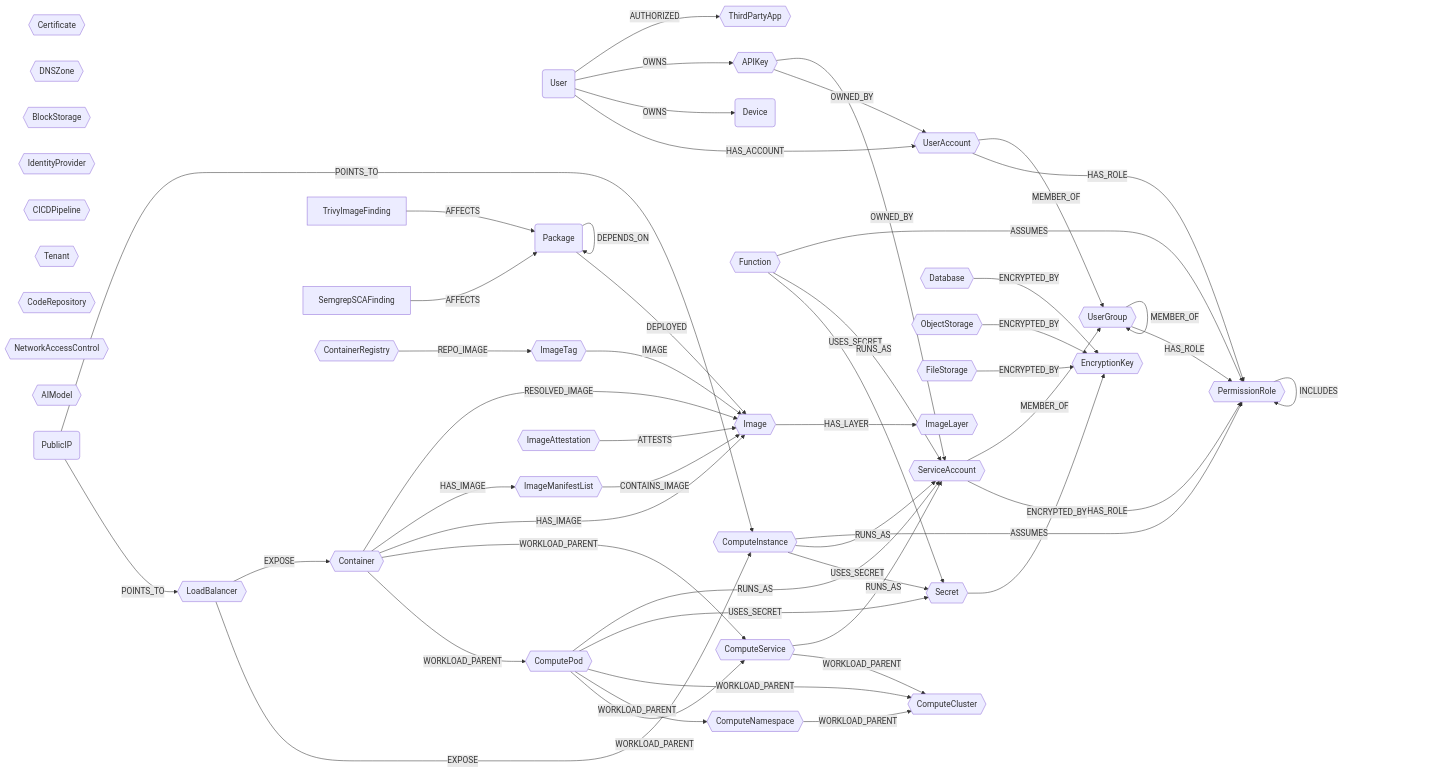
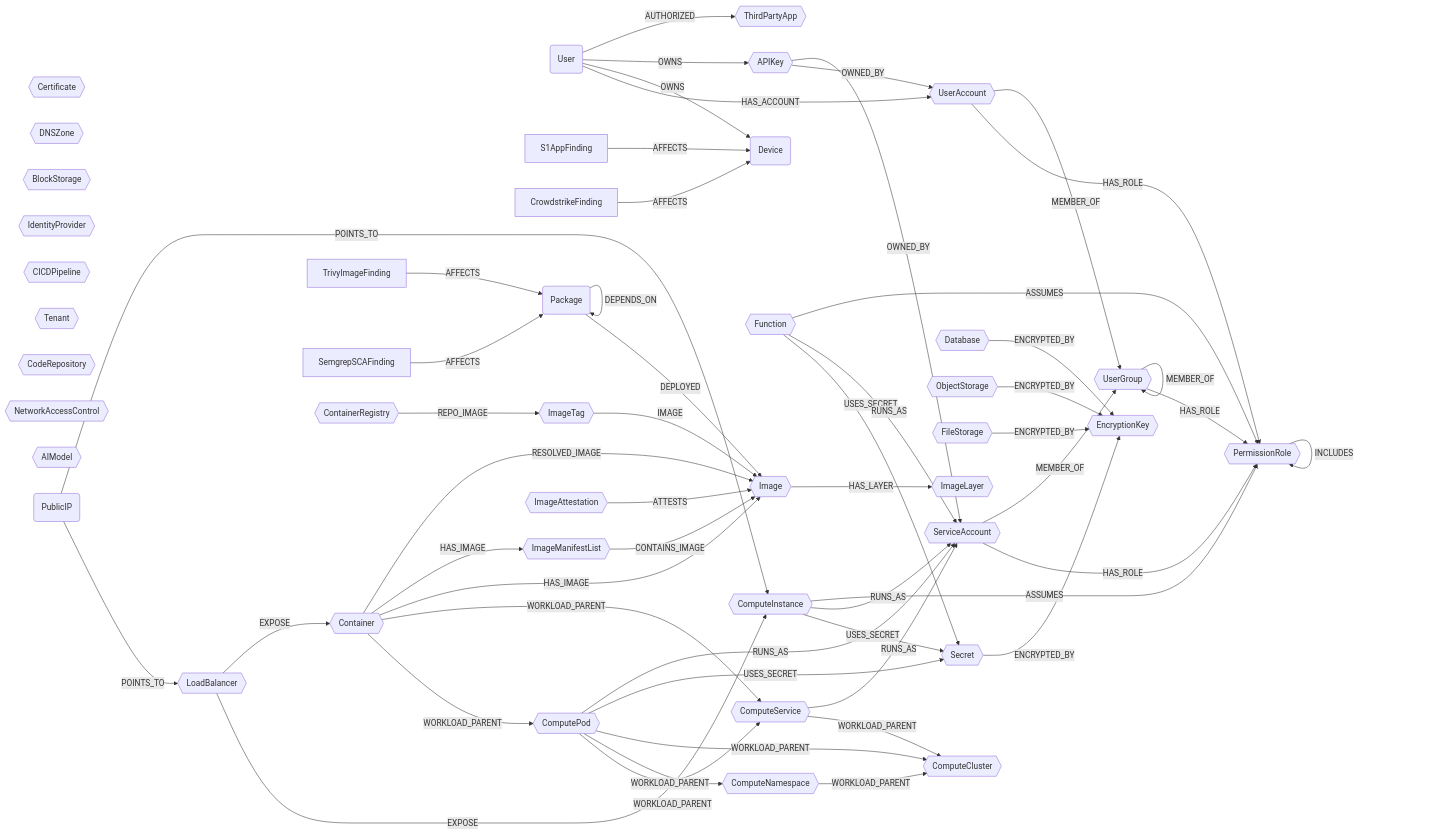
The diagram in docs/root/modules/ontology/schema.md (cartography-cncf/cartography), drawn with Mermaid before and after one commit. The commit also changed other lines of this file and 3 other files, not shown here.

````diff
--- a/docs/root/modules/ontology/schema.md
+++ b/docs/root/modules/ontology/schema.md
@@ -6,75 +6,77 @@
 ```mermaid
 graph LR
 
 U(User) -- HAS_ACCOUNT --> UA{{UserAccount}}
 U -- OWNS --> CC(Device)
+SAF[S1AppFinding] -- AFFECTS --> CC
+CSF[CrowdstrikeFinding] -- AFFECTS --> CC
 U -- OWNS --> AK{{APIKey}}
 U -- AUTHORIZED --> OA{{ThirdPartyApp}}
 UG{{UserGroup}}
 SA{{ServiceAccount}}
 CERT{{Certificate}}
 LB{{LoadBalancer}} -- EXPOSE --> CI{{ComputeInstance}}
 LB{{LoadBalancer}} -- EXPOSE --> CT{{Container}}
 CL{{ComputeCluster}}
 CS{{ComputeService}}
 CNS{{ComputeNamespace}}
 CP{{ComputePod}}
 CT -- WORKLOAD_PARENT --> CP
 CT -- WORKLOAD_PARENT --> CS
 CP -- WORKLOAD_PARENT --> CS
 CP -- WORKLOAD_PARENT --> CNS
 CP -- WORKLOAD_PARENT --> CL
 CS -- WORKLOAD_PARENT --> CL
 CNS -- WORKLOAD_PARENT --> CL
 DB{{Database}}
 DZ{{DNSZone}}
 OS{{ObjectStorage}}
 FS{{FileStorage}}
 BS{{BlockStorage}}
 IDP{{IdentityProvider}}
 CICD{{CICDPipeline}}
 TN{{Tenant}}
 FN{{Function}}
 REPO{{CodeRepository}}
 SC{{Secret}}
 EK{{EncryptionKey}}
 SC -- ENCRYPTED_BY --> EK
 DB -- ENCRYPTED_BY --> EK
 OS -- ENCRYPTED_BY --> EK
 FS -- ENCRYPTED_BY --> EK
 CP -- USES_SECRET --> SC
 FN -- USES_SECRET --> SC
 CI -- USES_SECRET --> SC
 PR{{PermissionRole}}
 UA -- HAS_ROLE --> PR
 SA -- HAS_ROLE --> PR
 UG -- HAS_ROLE --> PR
 PR -- INCLUDES --> PR
 UA -- MEMBER_OF --> UG
 SA -- MEMBER_OF --> UG
 UG -- MEMBER_OF --> UG
 AK -- OWNED_BY --> UA
 AK -- OWNED_BY --> SA
 CI -- RUNS_AS --> SA
 CP -- RUNS_AS --> SA
 FN -- RUNS_AS --> SA
 CS -- RUNS_AS --> SA
 CI -- ASSUMES --> PR
 FN -- ASSUMES --> PR
 NAC{{NetworkAccessControl}}
 AIM{{AIModel}}
 PIP(PublicIP) -- POINTS_TO --> LB
 PIP -- POINTS_TO --> CI
 PKG(Package) -- DEPLOYED --> IM{{Image}}
 PKG -- DEPENDS_ON --> PKG
 F[TrivyImageFinding] -- AFFECTS --> PKG
 SCA[SemgrepSCAFinding] -- AFFECTS --> PKG
 CR{{ContainerRegistry}} -- REPO_IMAGE --> IT{{ImageTag}}
 IT -- IMAGE --> IM
 IML{{ImageManifestList}} -- CONTAINS_IMAGE --> IM
 IA{{ImageAttestation}} -- ATTESTS --> IM
 IM -- HAS_LAYER --> IL{{ImageLayer}}
 CT -- HAS_IMAGE --> IM
 CT -- HAS_IMAGE --> IML
 CT -- RESOLVED_IMAGE --> IM
 ```
````
